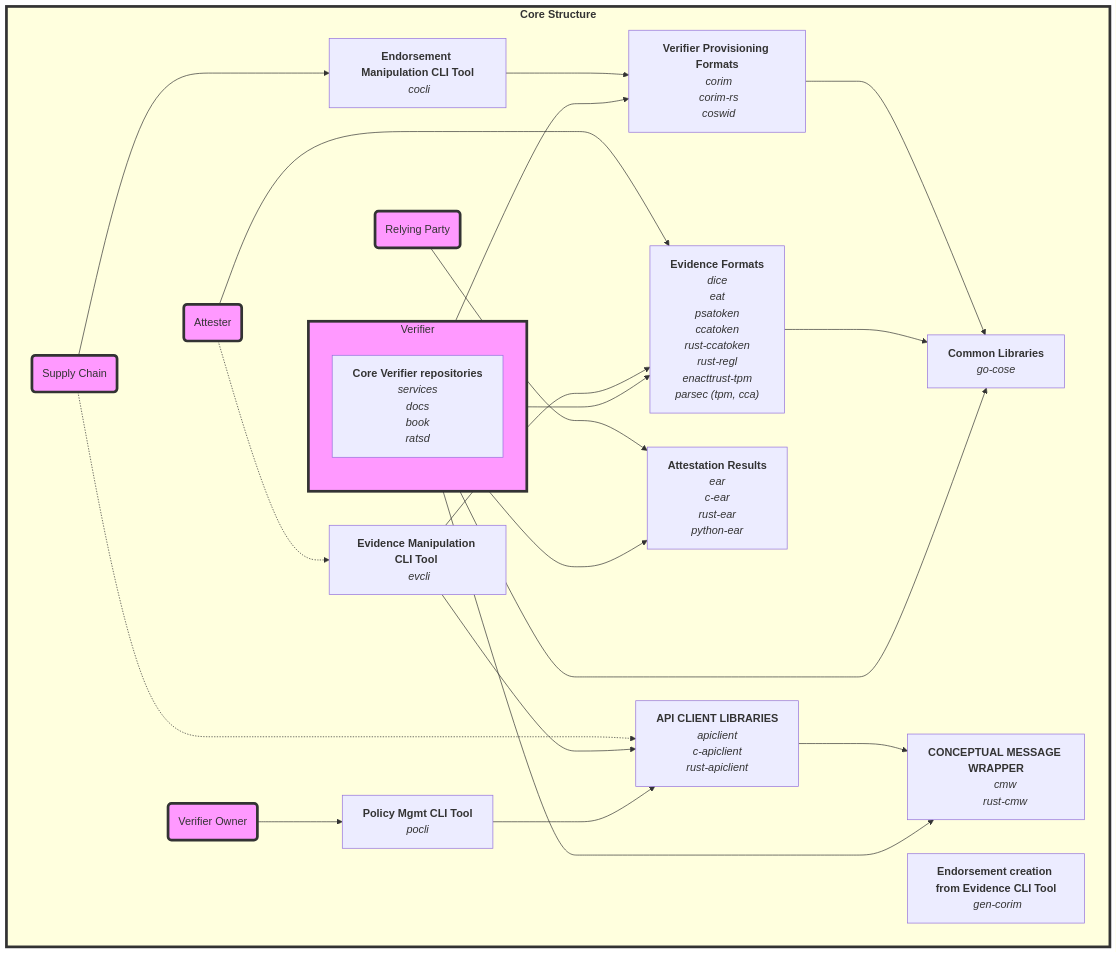
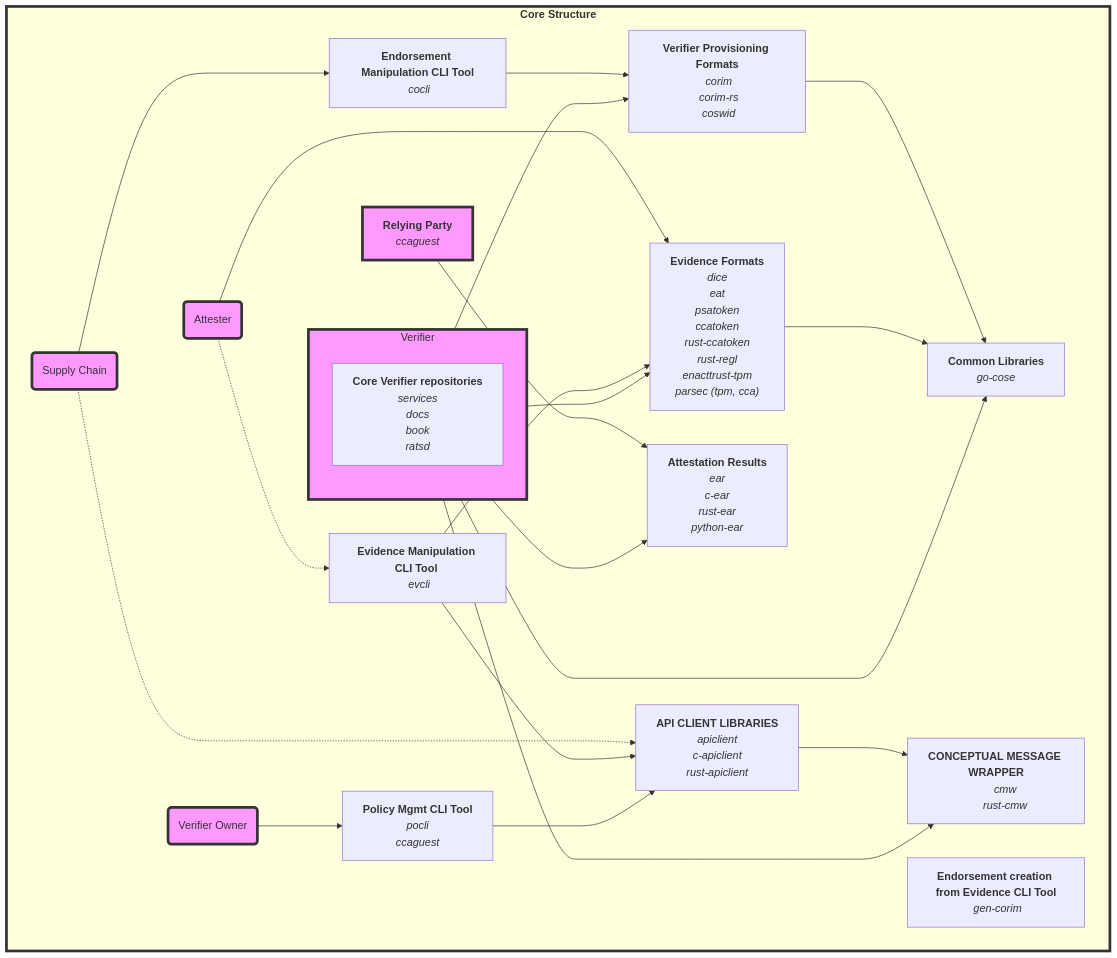
One commit to veraison/docs changed the second of 3 diagrams in repo-guide.md. Above: the diagram before and after it, drawn with Mermaid. The commit also changed other lines of this file, not shown here.

Commit message:
docs: add ccaguest in repo-guide.md

```diff
--- a/repo-guide.md
+++ b/repo-guide.md
@@ -167,7 +170,8 @@
     <i>book</i>
     <i>ratsd</i>"]
 
-RP("Relying Party")
+RP["<b>Relying Party</b>
+    <i>ccaguest</i>"]
 style RP fill:#f9f,stroke:#333,stroke-width:4px
 
 AR["<b>Attestation Results</b> 
@@ -211,7 +215,8 @@
 API ---> CMW
 Verifier ---> CMW
 POCLI["<b>Policy Mgmt CLI Tool</b>
-      <i>pocli</i>"]
+    <i>pocli</i>
+    <i>ccaguest</i>"]
 
 VO("Verifier Owner")
 style VO fill:#f9f,stroke:#333,stroke-width:4px
```
